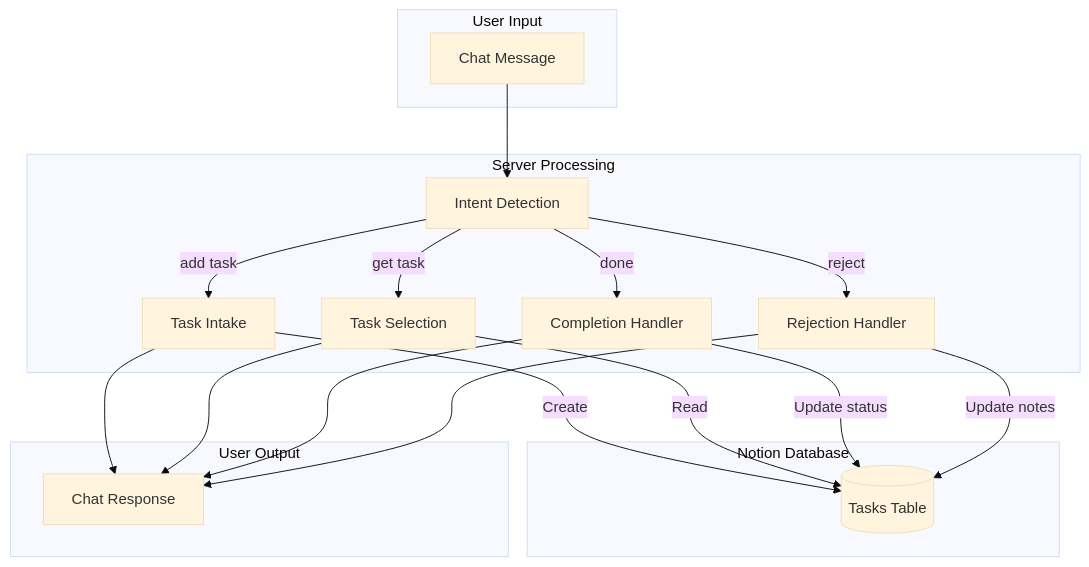
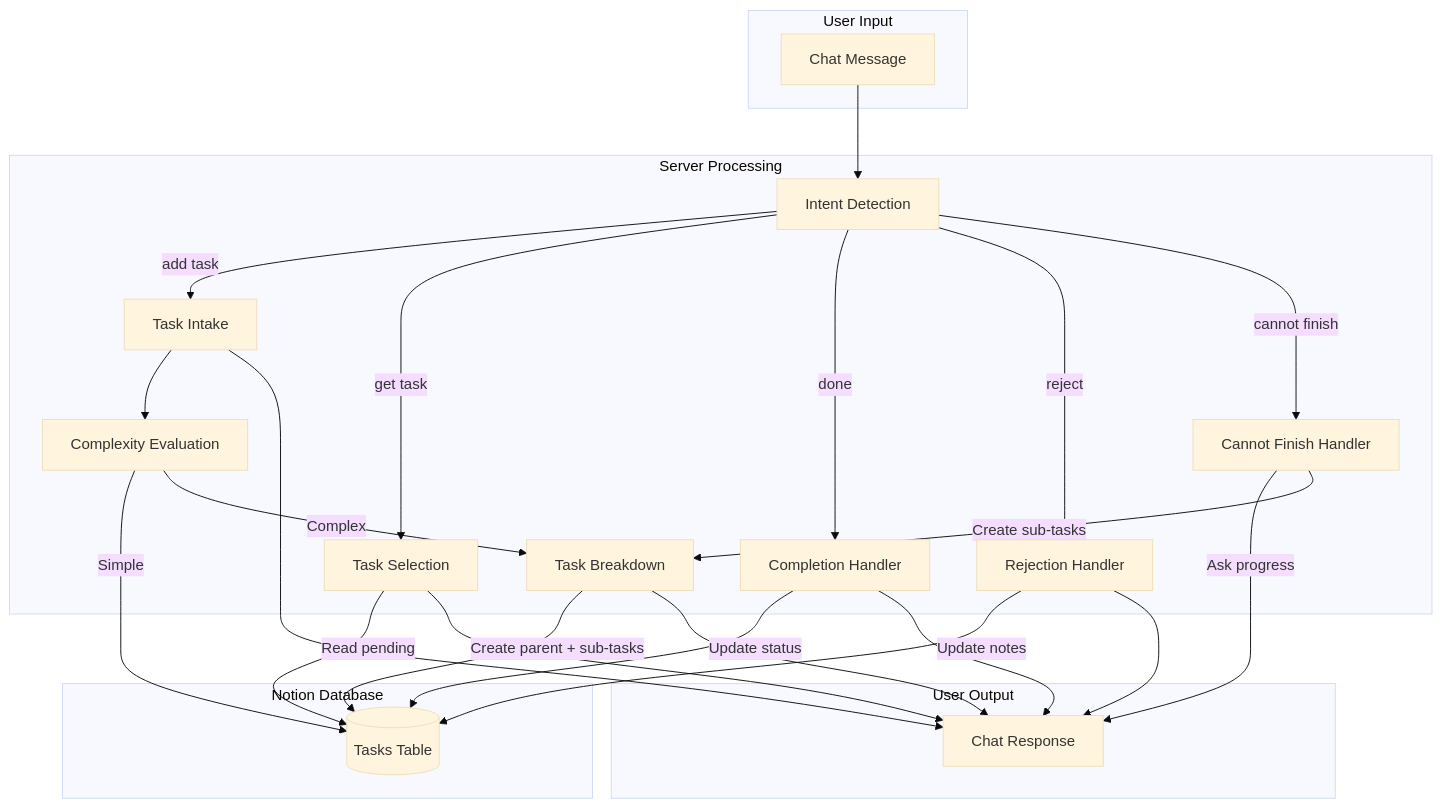
The fourth of 5 diagrams in docs/architecture.md (NickBorgers/hide-my-list), drawn with Mermaid (base theme) before and after one commit. The commit also changed other lines of this file and 4 other files, not shown here.

First line of the commit message:
Add CANNOT_FINISH command and automatic task breakdown

````diff
--- a/docs/architecture.md
+++ b/docs/architecture.md
@@ -116,38 +138,50 @@
 ```mermaid
 flowchart TD
     subgraph Input["User Input"]
         Msg[Chat Message]
     end
 
     subgraph Processing["Server Processing"]
         Intent[Intent Detection]
         Intake[Task Intake]
+        Complexity[Complexity Evaluation]
+        Breakdown[Task Breakdown]
         Select[Task Selection]
         Complete[Completion Handler]
         Reject[Rejection Handler]
+        CannotFinish[Cannot Finish Handler]
     end
 
     subgraph Storage["Notion Database"]
         DB[(Tasks Table)]
     end
 
     subgraph Output["User Output"]
         Response[Chat Response]
     end
 
     Msg --> Intent
     Intent -->|"add task"| Intake
     Intent -->|"get task"| Select
     Intent -->|"done"| Complete
     Intent -->|"reject"| Reject
+    Intent -->|"cannot finish"| CannotFinish
 
-    Intake -->|Create| DB
-    Select -->|Read| DB
+    Intake --> Complexity
+    Complexity -->|Simple| DB
+    Complexity -->|Complex| Breakdown
+    Breakdown -->|Create parent + sub-tasks| DB
+
+    Select -->|Read pending| DB
     Complete -->|Update status| DB
     Reject -->|Update notes| DB
+
+    CannotFinish -->|Ask progress| Response
+    CannotFinish -->|Create sub-tasks| Breakdown
 
     Intake --> Response
     Select --> Response
     Complete --> Response
     Reject --> Response
+    Breakdown --> Response
 ```
````
